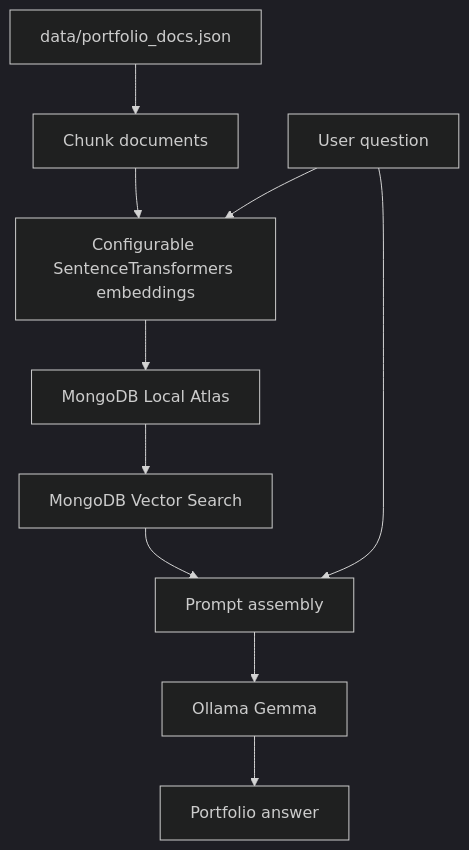
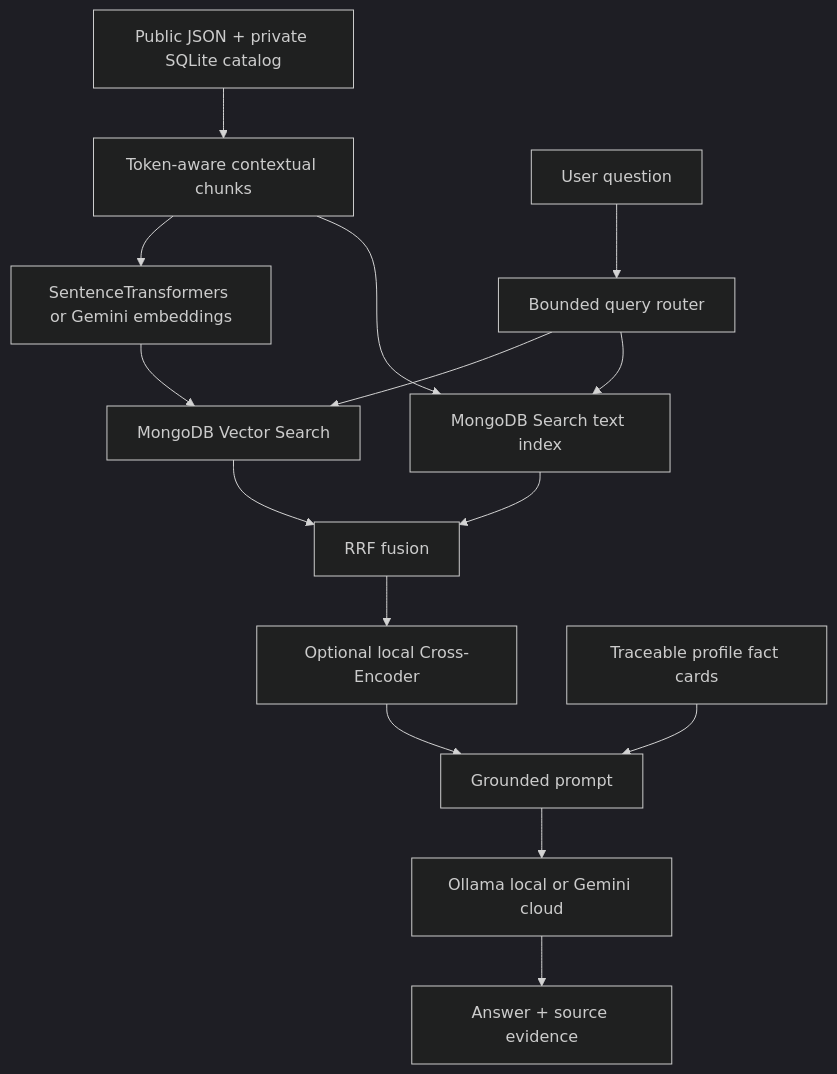
The diagram in docs/architecture.md (666junyichen/local-rag-portfolio-assistant), drawn with Mermaid (dark theme) before and after one commit. The commit also changed other lines of this file and 40 other files, not shown here.

````diff
--- a/docs/architecture.md
+++ b/docs/architecture.md
@@ -5,12 +5,17 @@
 ```mermaid
 flowchart TD
-    A["data/portfolio_docs.json"] --> B["Chunk documents"]
-    B --> C["Configurable SentenceTransformers embeddings"]
-    C --> D["MongoDB Local Atlas"]
-    D --> E["MongoDB Vector Search"]
-    F["User question"] --> C
-    F --> G["Prompt assembly"]
-    E --> G
-    G --> H["Ollama Gemma"]
-    H --> I["Portfolio answer"]
+    A["Public JSON + private SQLite catalog"] --> B["Token-aware contextual chunks"]
+    B --> C["SentenceTransformers or Gemini embeddings"]
+    B --> D["MongoDB Search text index"]
+    C --> E["MongoDB Vector Search"]
+    F["User question"] --> G["Bounded query router"]
+    G --> E
+    G --> D
+    E --> H["RRF fusion"]
+    D --> H
+    H --> I["Optional local Cross-Encoder"]
+    J["Traceable profile fact cards"] --> K["Grounded prompt"]
+    I --> K
+    K --> L["Ollama local or Gemini cloud"]
+    L --> M["Answer + source evidence"]
 ```
````
